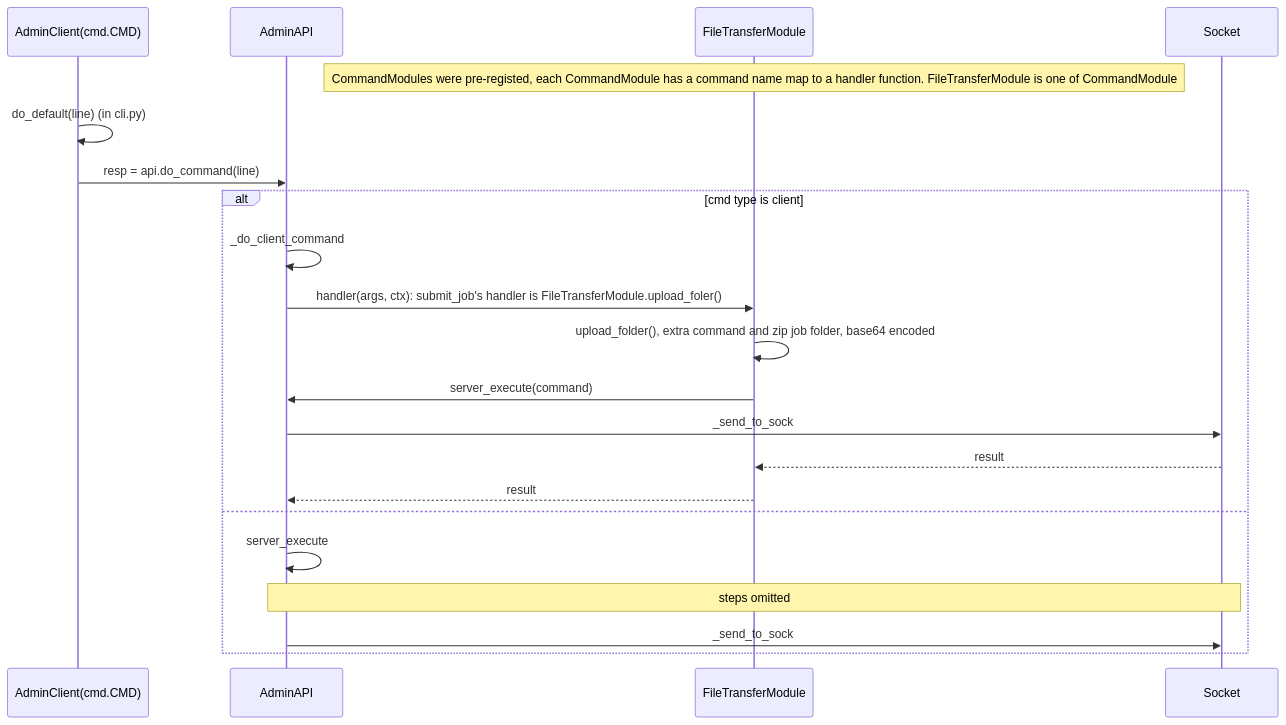
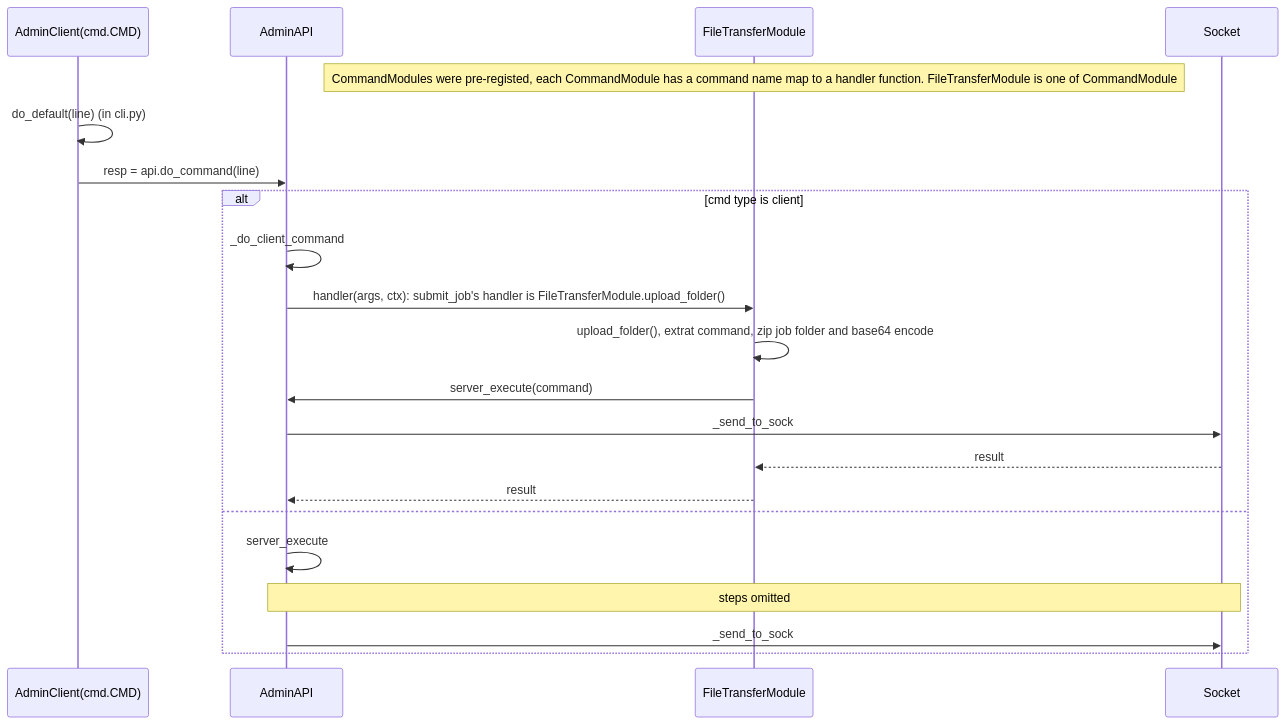
Before and after one commit to hitesh-ag1/NVFlare: the seventh of 14 diagrams in docs/system_state_and_flow/system_workflow.md, drawn with Mermaid.

Commit message:
update documentation submit job sequence diagram AdminClient Part

````diff
--- a/docs/system_state_and_flow/system_workflow.md
+++ b/docs/system_state_and_flow/system_workflow.md
@@ -169,26 +169,26 @@
 ```mermaid
 sequenceDiagram
     participant AdminClient(cmd.CMD)
     participant AdminAPI 
     participant FileTransferModule
     Note over FileTransferModule: CommandModules were pre-registed, each CommandModule has a command name map to a handler function. FileTransferModule is one of CommandModule   
    
     participant Socket 
     
     AdminClient(cmd.CMD)->> AdminClient(cmd.CMD) : do_default(line) (in cli.py)
     AdminClient(cmd.CMD)->> AdminAPI : resp = api.do_command(line)
     alt cmd type is client
         AdminAPI ->> AdminAPI: _do_client_command
-        AdminAPI ->> FileTransferModule: handler(args, ctx): submit_job's handler is FileTransferModule.upload_foler()
-        FileTransferModule ->> FileTransferModule: upload_folder(), extra command and zip job folder, base64 encoded
+        AdminAPI ->> FileTransferModule: handler(args, ctx): submit_job's handler is FileTransferModule.upload_folder()
+        FileTransferModule ->> FileTransferModule: upload_folder(), extrat command, zip job folder and base64 encode
         FileTransferModule ->> AdminAPI: server_execute(command)
         AdminAPI ->> Socket: _send_to_sock
         Socket -->> FileTransferModule: result
         FileTransferModule -->> AdminAPI: result
         
     else
         AdminAPI ->> AdminAPI: server_execute
         note over AdminAPI, Socket : steps omitted 
         AdminAPI ->> Socket: _send_to_sock
     end
 ```
````
